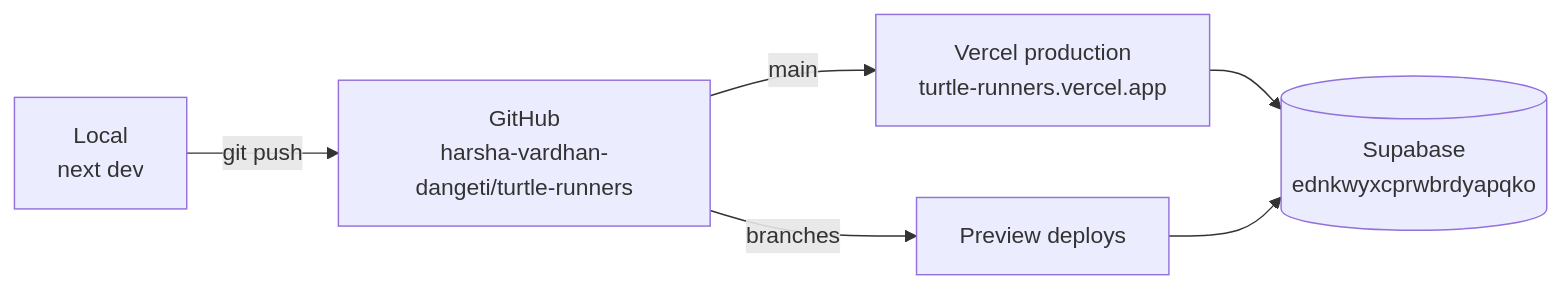
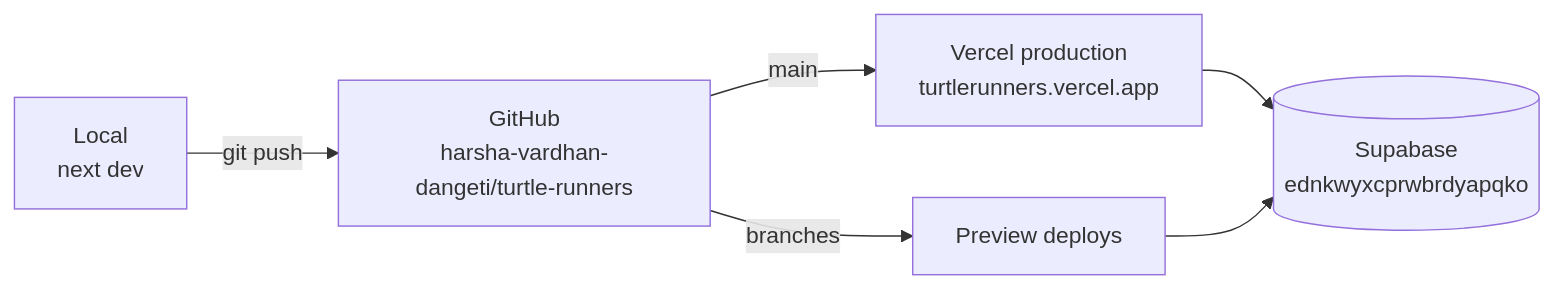
Before and after one commit to harsha-vardhan-dangeti/turtle-runners: the fifth of 5 diagrams in ARCHITECTURE.md, drawn with Mermaid. The commit also changed other lines of this file and 3 other files, not shown here.

First line of the commit message:
Move the club site to turtlerunners.vercel.app

````diff
--- a/ARCHITECTURE.md
+++ b/ARCHITECTURE.md
@@ -440,8 +440,8 @@
 ```mermaid
 flowchart LR
     DEV["Local<br/>next dev"] -->|"git push"| GH["GitHub<br/>harsha-vardhan-dangeti/turtle-runners"]
-    GH -->|"main"| PROD["Vercel production<br/>turtle-runners.vercel.app"]
+    GH -->|"main"| PROD["Vercel production<br/>turtlerunners.vercel.app"]
     GH -->|"branches"| PREV["Preview deploys"]
     PROD --> SB[("Supabase<br/>ednkwyxcprwbrdyapqko")]
     PREV --> SB
 ```
````
